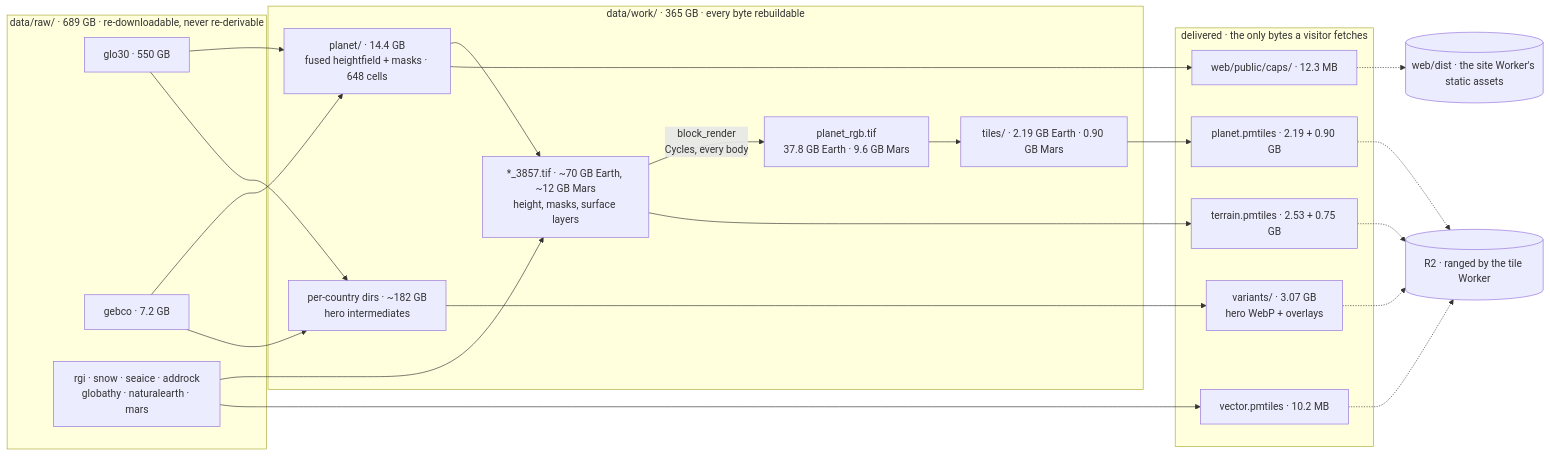
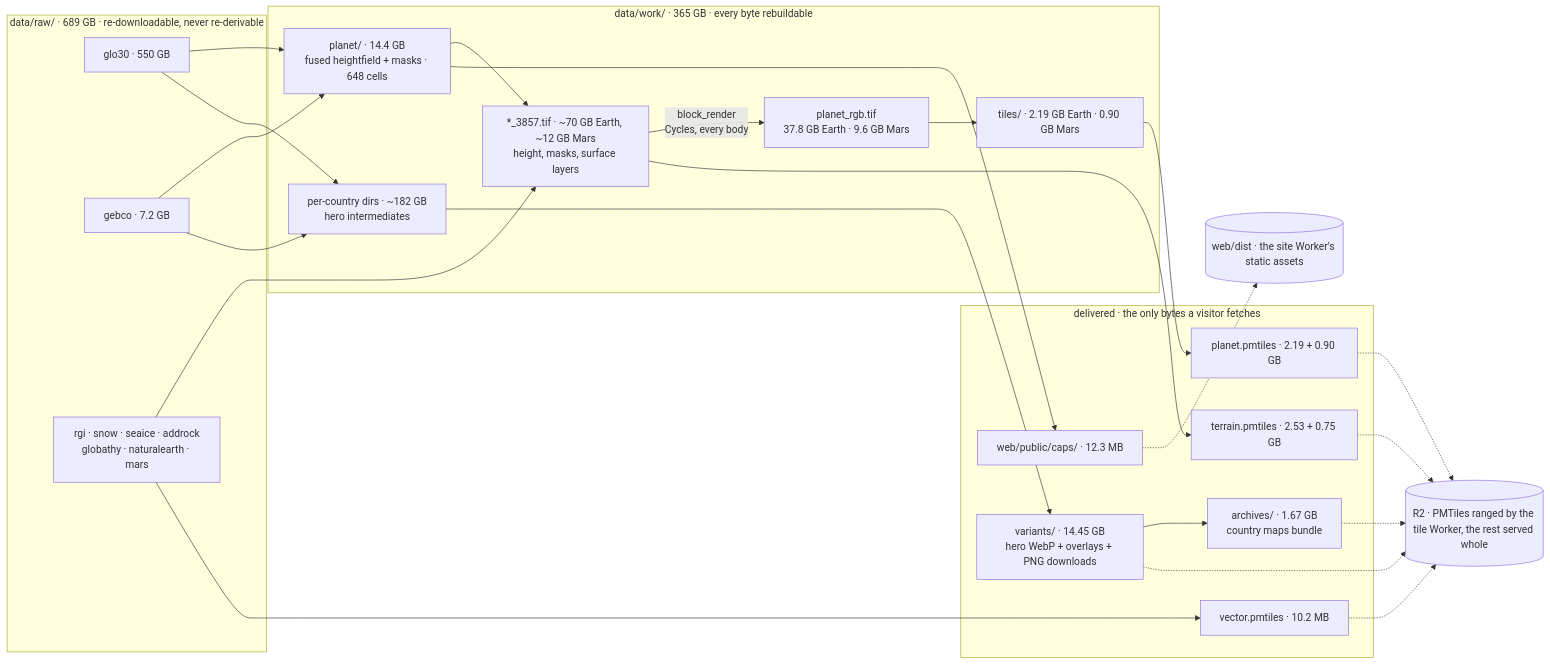
The diagram in docs/INVENTORY.md (Alchez/terrella), drawn with Mermaid before and after one commit. The commit also changed other lines of this file and 47 other files, not shown here.

Commit message:
feat(site): every country page offers its image to download at full size with its credit inside and a PNG for print, Archives zips all 203, the deploy refuses until R2 holds them, and the maintainer's name stays in its two credits

````diff
--- a/docs/INVENTORY.md
+++ b/docs/INVENTORY.md
@@ -32,43 +32,46 @@
 ```mermaid
 flowchart LR
   subgraph SRC["data/raw/ · 689 GB · re-downloadable, never re-derivable"]
     GLO["glo30 · 550 GB"]
     GEB["gebco · 7.2 GB"]
     LAY["rgi · snow · seaice · addrock<br/>globathy · naturalearth · mars"]
   end
 
   subgraph MID["data/work/ · 365 GB · every byte rebuildable"]
     FUSE["planet/ · 14.4 GB<br/>fused heightfield + masks · 648 cells"]
     W["*_3857.tif · ~70 GB Earth, ~12 GB Mars<br/>height, masks, surface layers"]
     RGB["planet_rgb.tif<br/>37.8 GB Earth · 9.6 GB Mars"]
     PYR["tiles/ · 2.19 GB Earth · 0.90 GB Mars"]
     CTRY["per-country dirs · ~182 GB<br/>hero intermediates"]
   end
 
   subgraph OUT["delivered · the only bytes a visitor fetches"]
     PM["planet.pmtiles · 2.19 + 0.90 GB"]
     TER["terrain.pmtiles · 2.53 + 0.75 GB"]
     VEC["vector.pmtiles · 10.2 MB"]
     CAP["web/public/caps/ · 12.3 MB"]
-    HERO["variants/ · 3.07 GB<br/>hero WebP + overlays"]
+    HERO["variants/ · 14.45 GB<br/>hero WebP + overlays + PNG downloads"]
+    BUN["archives/ · 1.67 GB<br/>country maps bundle"]
   end
 
   GLO --> FUSE
   GEB --> FUSE
   FUSE --> W
   LAY --> W
   W -->|"block_render<br/>Cycles, every body"| RGB
   RGB --> PYR
   PYR --> PM
   W --> TER
   FUSE --> CAP
   LAY --> VEC
   GLO --> CTRY
   GEB --> CTRY
   CTRY --> HERO
-  PM -.-> R2[("R2 · ranged by the tile Worker")]
+  HERO --> BUN
+  PM -.-> R2[("R2 · PMTiles ranged by the tile Worker, the rest served whole")]
   TER -.-> R2
   VEC -.-> R2
   HERO -.-> R2
+  BUN -.-> R2
   CAP -.-> SITE[("web/dist · the site Worker's static assets")]
 ```
````
